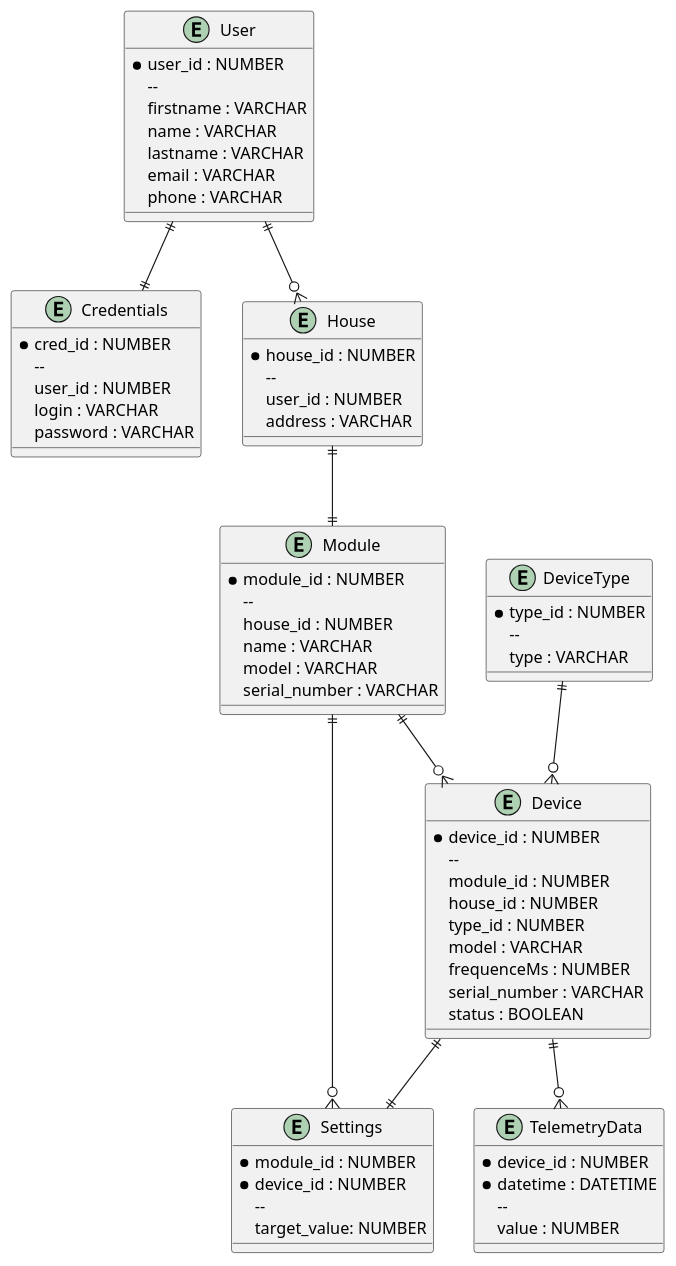
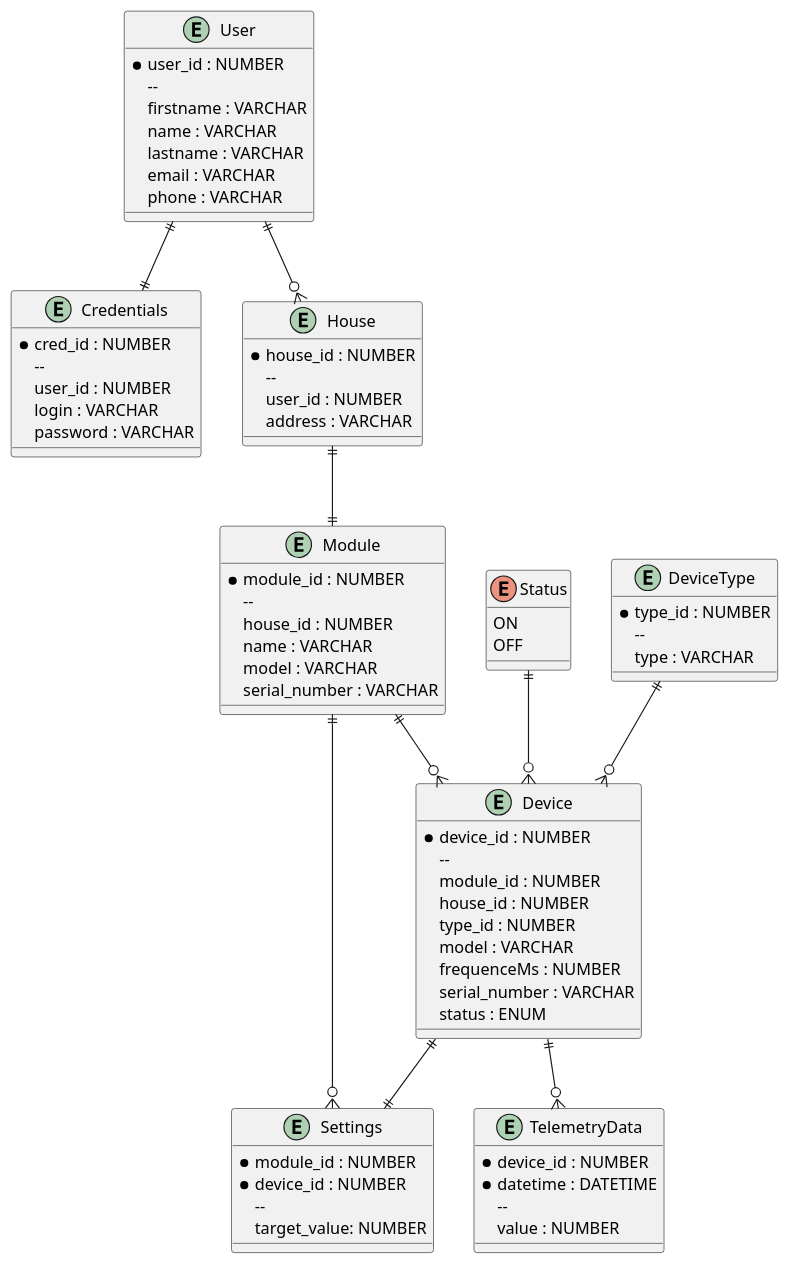
Before and after one commit to EkaterinaKl/architecture-sprint-3: the diagram in diagrams/ER.puml, drawn with PlantUML. The commit also changed 5 other files, not shown here.

```diff
--- a/diagrams/ER.puml
+++ b/diagrams/ER.puml
@@ -1,78 +1,84 @@
 @startuml
 entity "Credentials" {
 * cred_id : NUMBER
   --
   user_id : NUMBER
   login : VARCHAR
   password : VARCHAR
   }
 
 entity "User" {
 * user_id : NUMBER
   --
   firstname : VARCHAR
   name : VARCHAR
   lastname : VARCHAR
   email : VARCHAR
   phone : VARCHAR
   }
 
 entity "House" {
 * house_id : NUMBER
   --
   user_id : NUMBER
   address : VARCHAR
   }
 
 
 entity "Module" {
 * module_id : NUMBER
   --
   house_id : NUMBER
   name : VARCHAR
   model : VARCHAR
   serial_number : VARCHAR
   }
 
 entity "Settings" {
 * module_id : NUMBER
 * device_id : NUMBER
   --
   target_value: NUMBER
   }
 
 entity "Device" {
 * device_id : NUMBER
   --
   module_id : NUMBER
   house_id : NUMBER
   type_id : NUMBER
   model : VARCHAR
   frequenceMs : NUMBER
   serial_number : VARCHAR
-  status : BOOLEAN
+  status : ENUM
+  }
+
+enum "Status" {
+  ON
+  OFF
   }
 
 entity "DeviceType" {
 * type_id : NUMBER
   --
   type : VARCHAR
   }
 
 entity "TelemetryData" {
 * device_id : NUMBER
 * datetime : DATETIME
   --
   value : NUMBER
   }
 
 User ||--o{ House
 User ||--|| Credentials
 House ||--|| Module
 Module ||--o{ Device
 Module ||--o{ Settings
 Device ||--|| Settings
 DeviceType ||--o{ Device
 Device ||--o{ TelemetryData
+Status ||--o{ Device
 
 @enduml
```
